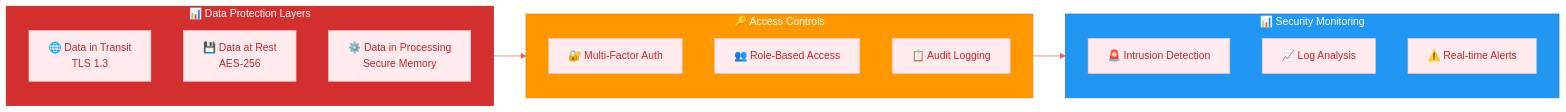
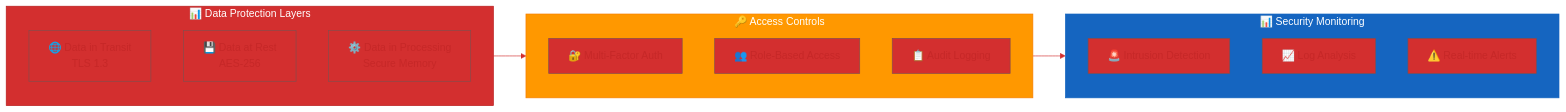
One commit to Hack23/ISMS-PUBLIC changed the second of 6 diagrams in Privacy_Policy.md. Above: the diagram before and after it, drawn with Mermaid. The commit also changed other lines of this file and 35 other files, not shown here.

````diff
--- a/Privacy_Policy.md
+++ b/Privacy_Policy.md
@@ -248,43 +248,43 @@
 ```mermaid
 %%{
   init: {
     'theme': 'base',
     'themeVariables': {
-      'primaryColor': '#ffebee',
-      'primaryTextColor': '#c62828',
-      'lineColor': '#ef5350',
-      'secondaryColor': '#e8f5e9',
-      'tertiaryColor': '#e3f2fd'
+      'primaryColor': '#D32F2F',
+      'primaryTextColor': '#C62828',
+      'lineColor': '#D32F2F',
+      'secondaryColor': '#4CAF50',
+      'tertiaryColor': '#1565C0'
     }
   }
 }%%
 flowchart LR
     subgraph DATA["📊 Data Protection Layers"]
         TRANSIT[🌐 Data in Transit<br/>TLS 1.3]
         REST[💾 Data at Rest<br/>AES-256]
         PROCESS[⚙️ Data in Processing<br/>Secure Memory]
     end
     
     subgraph ACCESS["🔑 Access Controls"]
         MFA[🔐 Multi-Factor Auth]
         RBAC[👥 Role-Based Access]
         AUDIT[📋 Audit Logging]
     end
     
     subgraph MONITORING["📊 Security Monitoring"]
         IDS[🚨 Intrusion Detection]
         SIEM[📈 Log Analysis]
         ALERT[⚠️ Real-time Alerts]
     end
     
     DATA --> ACCESS
     ACCESS --> MONITORING
     
     classDef dataStyle fill:#D32F2F,stroke:#B71C1C,color:#fff
     classDef accessStyle fill:#FF9800,stroke:#F57C00,color:#fff
-    classDef monitorStyle fill:#2196F3,stroke:#1976D2,color:#fff
+    classDef monitorStyle fill:#1565C0,stroke:#1565C0,color:#fff
     
     class DATA dataStyle
     class ACCESS accessStyle
     class MONITORING monitorStyle
 ```
````
